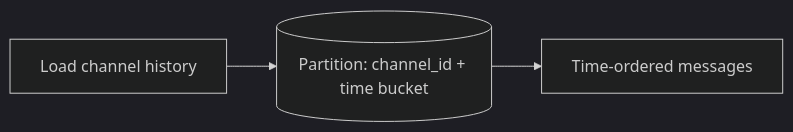
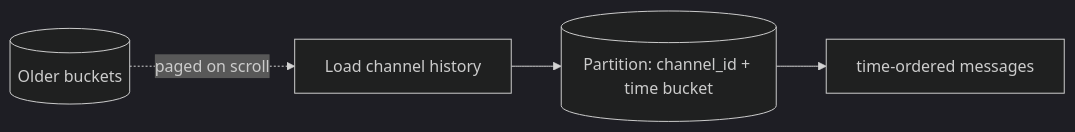
The diagram in system-design/2-case-studies/companies/discord.md (hiepgithub2001/swedocs), drawn with Mermaid (dark theme) before and after one commit. The commit also changed other lines of this file and 12 other files, not shown here.

Commit message:
Expand all 13 case studies with deeper detail (clarifying Qs, estimation math, schemas, more deep dives & diagrams)

````diff
--- a/system-design/2-case-studies/companies/discord.md
+++ b/system-design/2-case-studies/companies/discord.md
@@ -27,5 +36,6 @@
 ```mermaid
 flowchart LR
-    Read[Load channel history] --> Part[(Partition: channel_id + time bucket)]
-    Part --> Msgs[Time-ordered messages]
+    Read[Load channel history] --> P[(Partition: channel_id + time bucket)]
+    P --> Msgs[time-ordered messages]
+    Old[(Older buckets)] -. paged on scroll .-> Read
 ```
````
